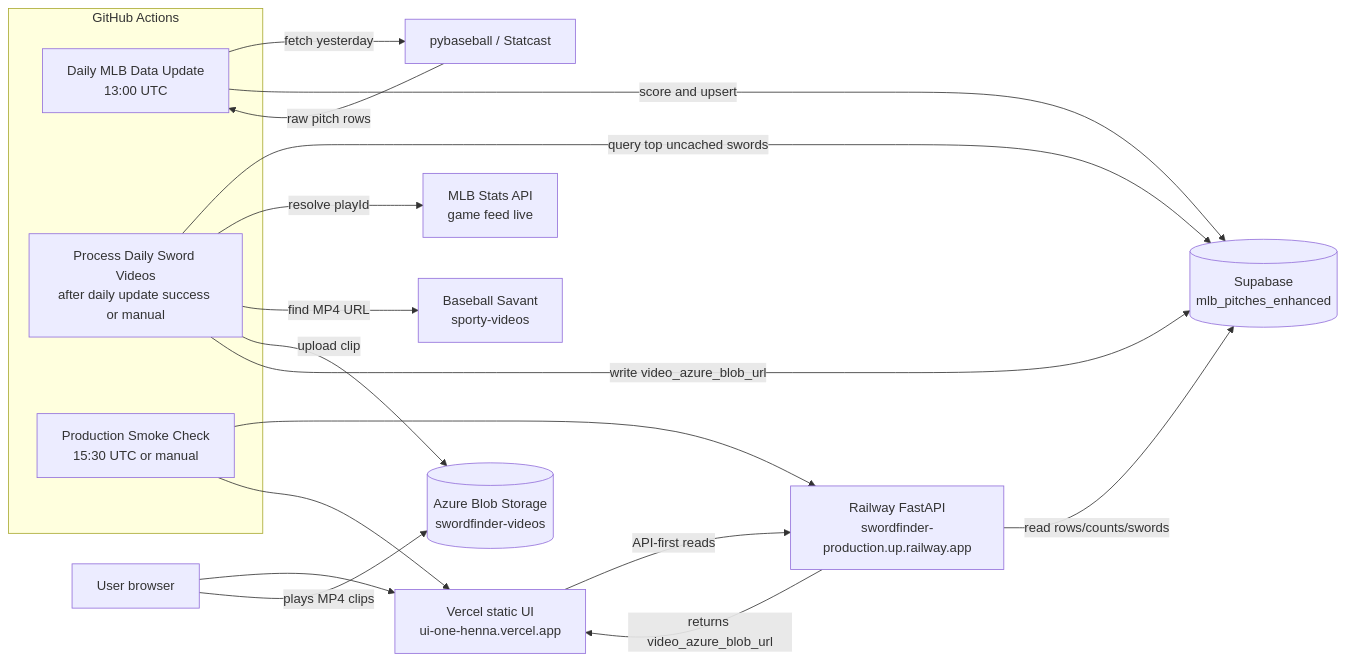
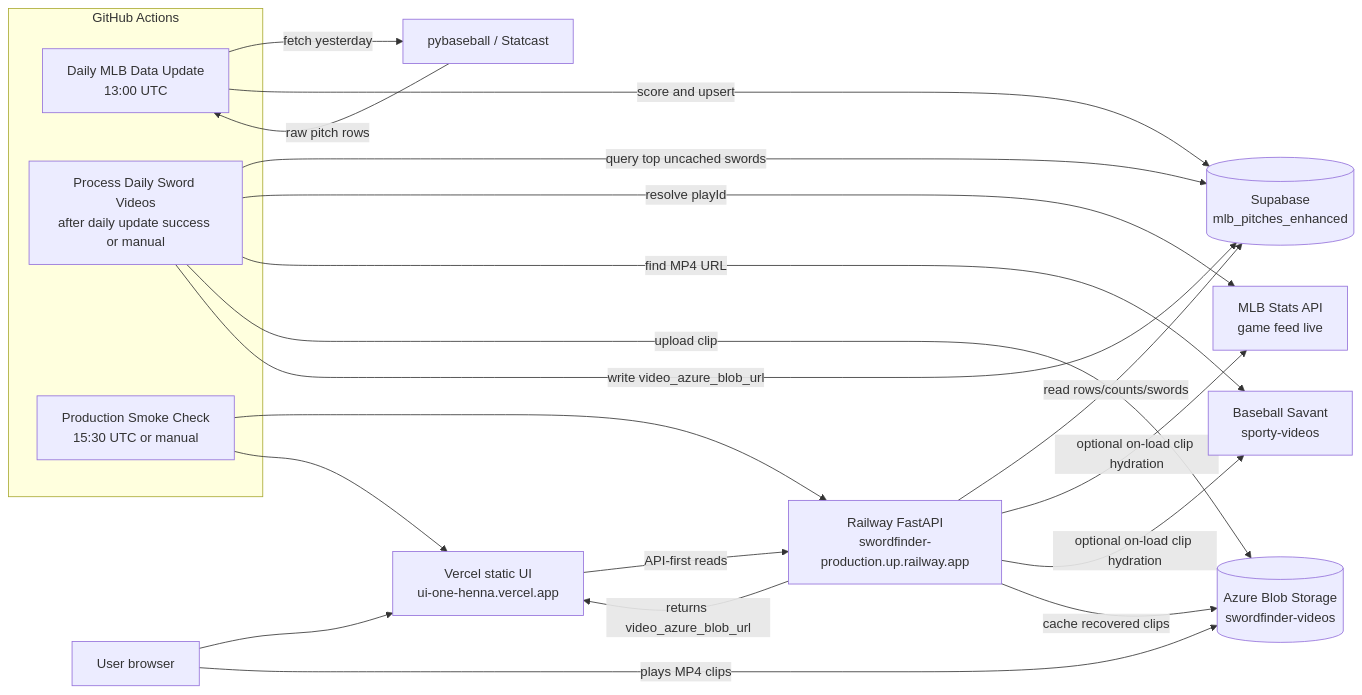
The first of 4 diagrams in ARCHITECTURE.md (joewilsonai/SwordFinder), drawn with Mermaid before and after one commit. The commit also changed other lines of this file and 5 other files, not shown here.

````diff
--- a/ARCHITECTURE.md
+++ b/ARCHITECTURE.md
@@ -10,37 +10,40 @@
 ```mermaid
 flowchart LR
     user[User browser]
     vercel[Vercel static UI<br/>ui-one-henna.vercel.app]
     api[Railway FastAPI<br/>swordfinder-production.up.railway.app]
     db[(Supabase<br/>mlb_pitches_enhanced)]
     azure[(Azure Blob Storage<br/>swordfinder-videos)]
 
     user --> vercel
     vercel -->|API-first reads| api
     api -->|read rows/counts/swords| db
+    api -->|optional on-load clip hydration| statsapi
+    api -->|optional on-load clip hydration| savant
+    api -->|cache recovered clips| azure
     api -->|returns video_azure_blob_url| vercel
     user -->|plays MP4 clips| azure
 
     subgraph GitHub Actions
         daily[Daily MLB Data Update<br/>13:00 UTC]
         videos[Process Daily Sword Videos<br/>after daily update success or manual]
         smoke[Production Smoke Check<br/>15:30 UTC or manual]
     end
 
     statcast[pybaseball / Statcast]
     statsapi[MLB Stats API<br/>game feed live]
     savant[Baseball Savant<br/>sporty-videos]
 
     daily -->|fetch yesterday| statcast
     statcast -->|raw pitch rows| daily
     daily -->|score and upsert| db
 
     videos -->|query top uncached swords| db
     videos -->|resolve playId| statsapi
     videos -->|find MP4 URL| savant
     videos -->|upload clip| azure
     videos -->|write video_azure_blob_url| db
 
     smoke --> api
     smoke --> vercel
 ```
````
